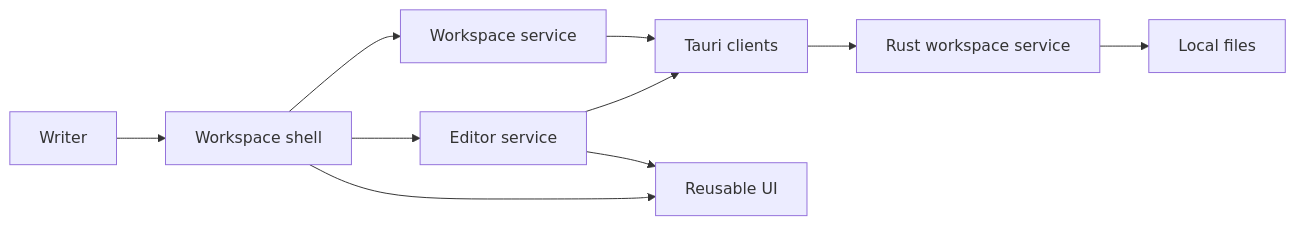
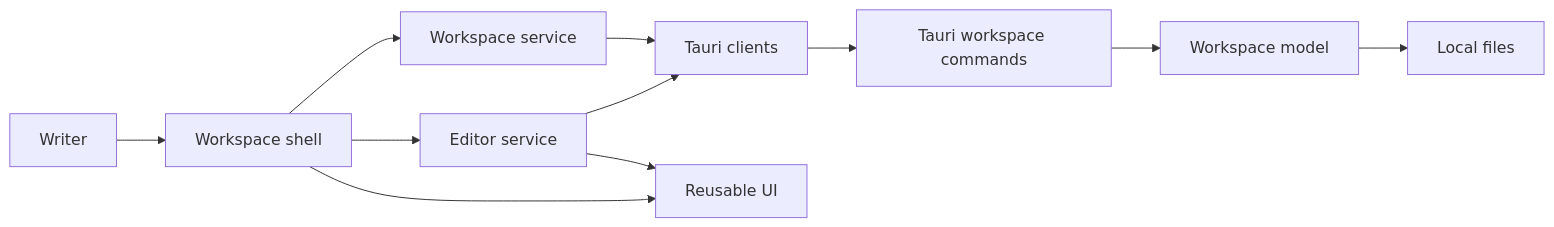
Before and after one commit to hypertextual/hypertextual: the diagram in docs/architecture/index.md, drawn with Mermaid. The commit also changed other lines of this file and 18 other files, not shown here.

````diff
--- a/docs/architecture/index.md
+++ b/docs/architecture/index.md
@@ -26,12 +26,13 @@
 ```mermaid
 flowchart LR
   Writer --> Shell[Workspace shell]
   Shell --> Workspace[Workspace service]
   Shell --> Editor[Editor service]
   Shell --> UI[Reusable UI]
   Workspace --> Client[Tauri clients]
   Editor --> Client
   Editor --> UI
-  Client --> Rust[Rust workspace service]
-  Rust --> Files[Local files]
+  Client --> Rust[Tauri workspace commands]
+  Rust --> Model[Workspace model]
+  Model --> Files[Local files]
 ```
````
